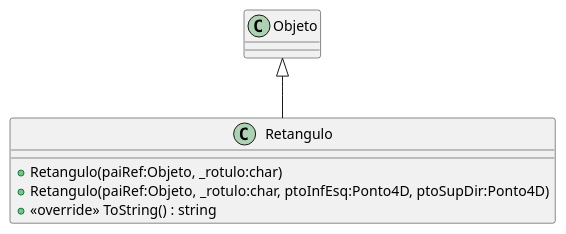
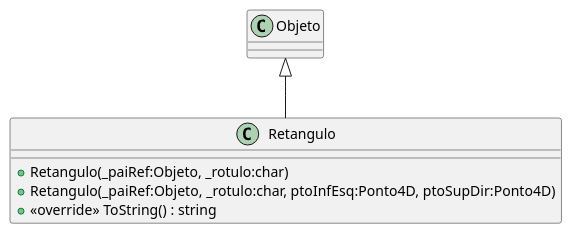
The diagram in Unidade3/CG_N3_Exemplo/plantuml/Retangulo.puml (gcgfurb/CG_2024-2_not_equipe-09), drawn with PlantUML before and after one commit. The commit also changed 14 other files, not shown here.

```diff
--- a/Unidade3/CG_N3_Exemplo/plantuml/Retangulo.puml
+++ b/Unidade3/CG_N3_Exemplo/plantuml/Retangulo.puml
@@ -1,8 +1,8 @@
-@startuml
+@startuml Retangulo
 class Retangulo {
-    + Retangulo(paiRef:Objeto, _rotulo:char)
-    + Retangulo(paiRef:Objeto, _rotulo:char, ptoInfEsq:Ponto4D, ptoSupDir:Ponto4D)
+    + Retangulo(_paiRef:Objeto, _rotulo:char)
+    + Retangulo(_paiRef:Objeto, _rotulo:char, ptoInfEsq:Ponto4D, ptoSupDir:Ponto4D)
     + <<override>> ToString() : string
 }
 Objeto <|-- Retangulo
 @enduml
```
